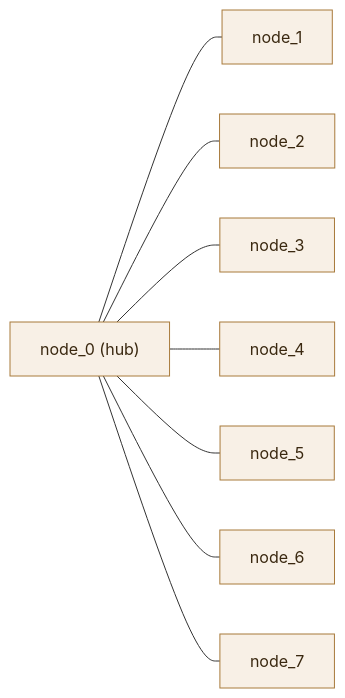
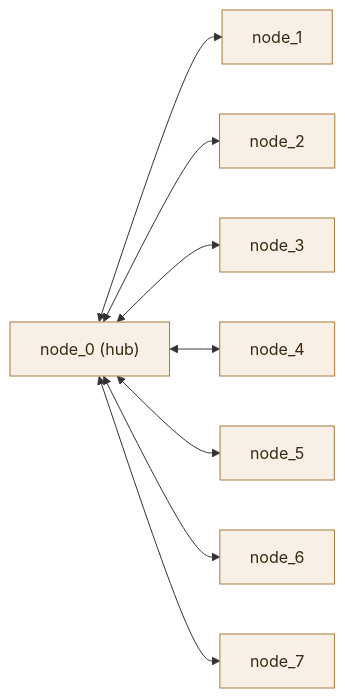
Before and after one commit to jdavidberger/SpinalHDLExtras: the seventh of 15 diagrams in hw/spinal/spinalextras/lib/noc/ARCHITECTURE.md, drawn with Mermaid. The commit also changed other lines of this file, not shown here.

First line of the commit message:
docs(noc): fix mesh/torus grid layout and sequence diagram render error

````diff
--- a/hw/spinal/spinalextras/lib/noc/ARCHITECTURE.md
+++ b/hw/spinal/spinalextras/lib/noc/ARCHITECTURE.md
@@ -212,12 +213,12 @@
 ```mermaid
 flowchart LR
   classDef node fill:#f8f0e6,stroke:#a87a3b,color:#3a2810
   Hub["node_0 (hub)"]:::node
-  Hub --- L1["node_1"]:::node
-  Hub --- L2["node_2"]:::node
-  Hub --- L3["node_3"]:::node
-  Hub --- L4["node_4"]:::node
-  Hub --- L5["node_5"]:::node
-  Hub --- L6["node_6"]:::node
-  Hub --- L7["node_7"]:::node
+  Hub <--> L1["node_1"]:::node
+  Hub <--> L2["node_2"]:::node
+  Hub <--> L3["node_3"]:::node
+  Hub <--> L4["node_4"]:::node
+  Hub <--> L5["node_5"]:::node
+  Hub <--> L6["node_6"]:::node
+  Hub <--> L7["node_7"]:::node
 ```
````
